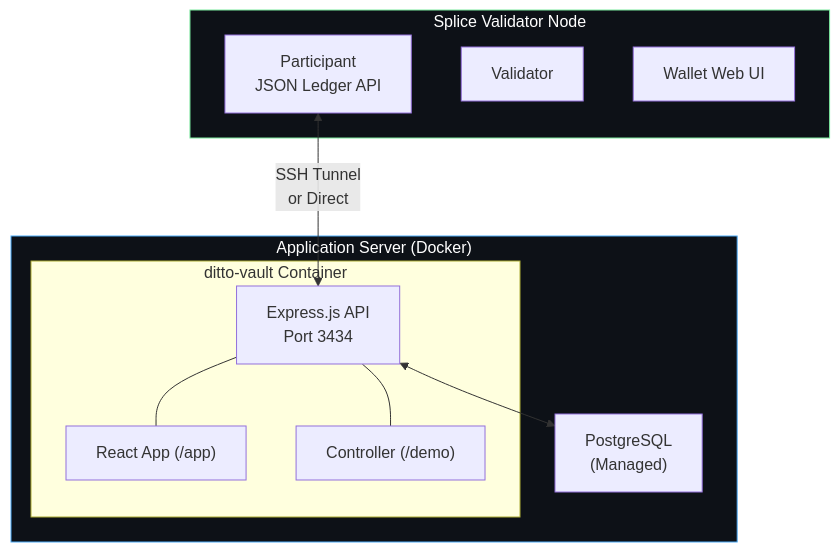
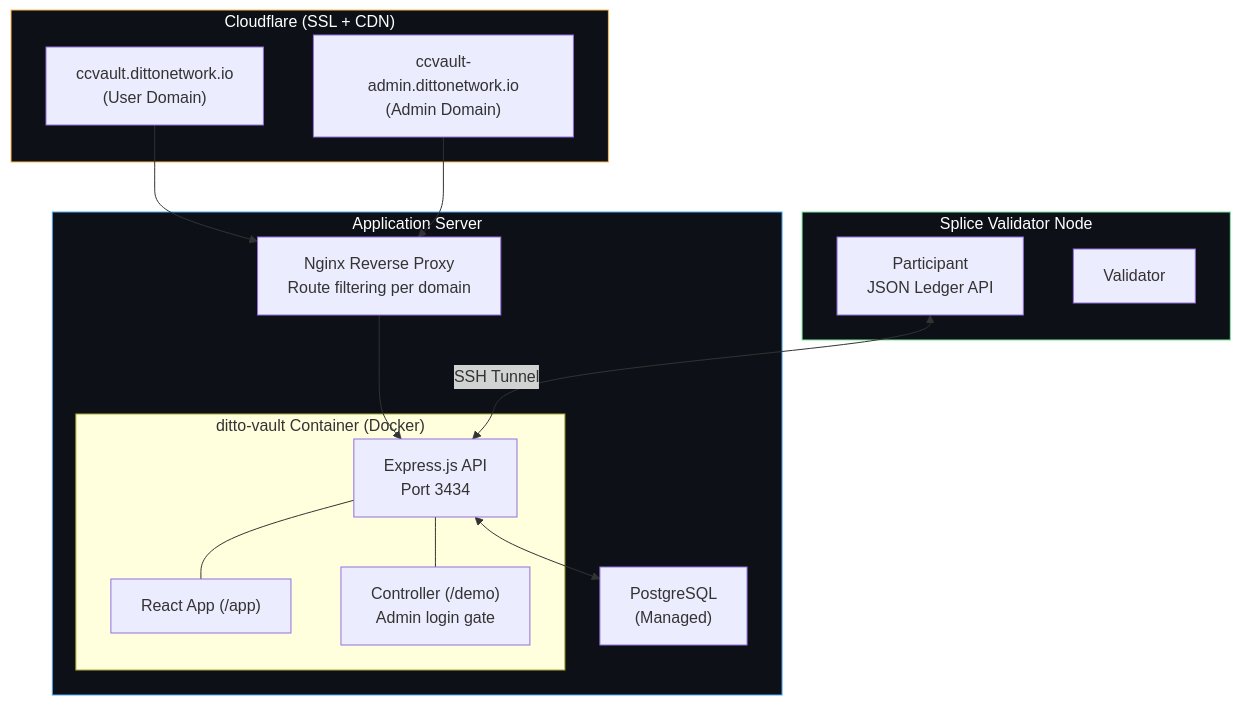
One commit to dittonetwork/ditto-ccvault changed the ninth of 9 diagrams in ARCHITECTURE.md. Above: the diagram before and after it, drawn with Mermaid. The commit also changed other lines of this file and 1 other file, not shown here.

Commit message:
docs: add security hardening, domain routing, and operator auth details
README and ARCHITECTURE updated to reflect current production state:
- All operator endpoints now require admin JWT (requireAdmin middleware)
- Controller dashboard login gate with session-scoped JWT
- Nginx reverse proxy with domain-level route filtering
- Cloudflare SSL integration documented
- Architecture diagrams updated with Nginx/Cloudflare layer
- API reference expanded with full endpoint list and auth requirements
- Security section added to README
- Live deployment URLs added

Made-with: Cursor

````diff
--- a/ARCHITECTURE.md
+++ b/ARCHITECTURE.md
@@ -610,25 +613,35 @@
 ```mermaid
 flowchart TB
-    subgraph Validator["Splice Validator Node"]
-        P["Participant\nJSON Ledger API"]
-        V["Validator"]
-        W["Wallet Web UI"]
+    subgraph CF["Cloudflare (SSL + CDN)"]
+        UD["ccvault.dittonetwork.io\n(User Domain)"]
+        AD["ccvault-admin.dittonetwork.io\n(Admin Domain)"]
     end
 
-    subgraph AppServer["Application Server (Docker)"]
-        subgraph Container["ditto-vault Container"]
+    subgraph AppServer["Application Server"]
+        NGX["Nginx Reverse Proxy\nRoute filtering per domain"]
+
+        subgraph Container["ditto-vault Container (Docker)"]
             API["Express.js API\nPort 3434"]
             REACT["React App (/app)"]
-            DEMO["Controller (/demo)"]
+            DEMO["Controller (/demo)\nAdmin login gate"]
         end
         PG["PostgreSQL\n(Managed)"]
     end
 
-    P <-->|"SSH Tunnel\nor Direct"| API
+    subgraph Validator["Splice Validator Node"]
+        P["Participant\nJSON Ledger API"]
+        V["Validator"]
+    end
+
+    UD --> NGX
+    AD --> NGX
+    NGX --> API
     API <--> PG
     API --- REACT
     API --- DEMO
+    P <-->|"SSH Tunnel"| API
 
+    style CF fill:#0d1117,stroke:#ffb84d,color:#fff
     style Validator fill:#0d1117,stroke:#7ae99d,color:#fff
     style AppServer fill:#0d1117,stroke:#4dabf7,color:#fff
 ```
````
